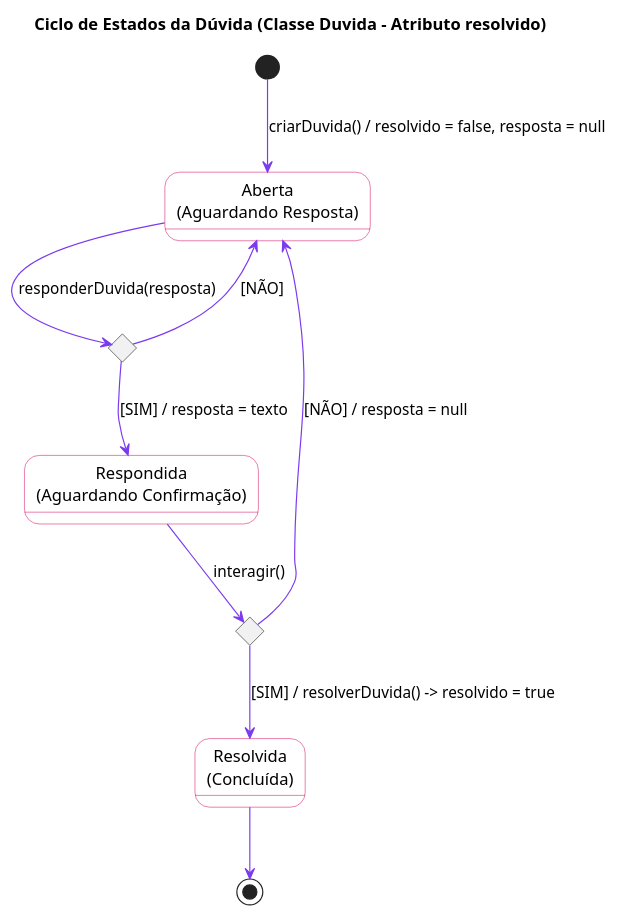
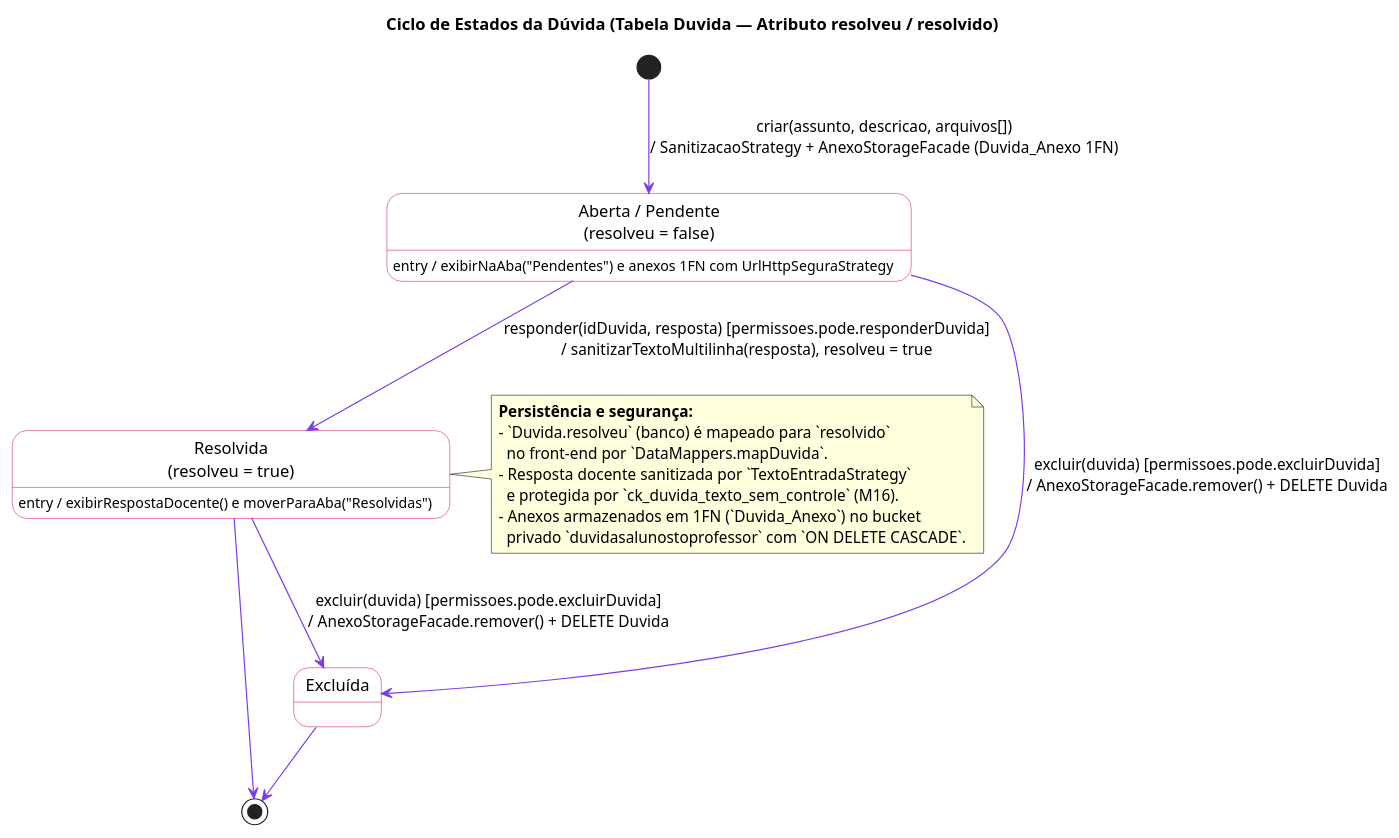
The diagram in out/diagramas/diagrama_estados_duvida.puml (NexusMindCorp/NexusClass), drawn with PlantUML before and after one commit. The commit also changed 8 other files, not shown here.

First line of the commit message:
feat: update state diagrams for doubt and delivery cycles, enhance ER model, and consolidate session report

```diff
--- a/out/diagramas/diagrama_estados_duvida.puml
+++ b/out/diagramas/diagrama_estados_duvida.puml
@@ -1,30 +1,38 @@
 @startuml
 skinparam handwritten false
 skinparam state {
     BackgroundColor White
     ArrowColor #7C3AED
     BorderColor #DB2777
     FontName Arial
 }
 
-title Ciclo de Estados da Dúvida (Classe Duvida - Atributo resolvido)
+title Ciclo de Estados da Dúvida (Tabela Duvida — Atributo resolveu / resolvido)
 
-state "Aberta\n(Aguardando Resposta)" as Aberta
-state "Respondida\n(Aguardando Confirmação)" as Respondida
-state "Resolvida\n(Concluída)" as Resolvida
+state "Aberta / Pendente\n(resolveu = false)" as Aberta
+state "Resolvida\n(resolveu = true)" as Resolvida
+state "Excluída" as Excluida
 
-state "Professor Respondeu?" as choiceRespondeu <<choice>>
-state "Dúvida Sanada?" as choiceSanada <<choice>>
+[*] --> Aberta : criar(assunto, descricao, arquivos[])\n/ SanitizacaoStrategy + AnexoStorageFacade (Duvida_Anexo 1FN)
 
-[*] --> Aberta : criarDuvida() / resolvido = false, resposta = null
+Aberta --> Resolvida : responder(idDuvida, resposta) [permissoes.pode.responderDuvida]\n/ sanitizarTextoMultilinha(resposta), resolveu = true
 
-Aberta --> choiceRespondeu : responderDuvida(resposta)
-choiceRespondeu --> Respondida : [SIM] / resposta = texto
-choiceRespondeu --> Aberta : [NÃO]
+Aberta --> Excluida : excluir(duvida) [permissoes.pode.excluirDuvida]\n/ AnexoStorageFacade.remover() + DELETE Duvida
+Resolvida --> Excluida : excluir(duvida) [permissoes.pode.excluirDuvida]\n/ AnexoStorageFacade.remover() + DELETE Duvida
 
-Respondida --> choiceSanada : interagir()
-choiceSanada --> Resolvida : [SIM] / resolverDuvida() -> resolvido = true
-choiceSanada --> Aberta : [NÃO] / resposta = null
+Aberta : entry / exibirNaAba("Pendentes") e anexos 1FN com UrlHttpSeguraStrategy
+Resolvida : entry / exibirRespostaDocente() e moverParaAba("Resolvidas")
 
 Resolvida --> [*]
+Excluida --> [*]
+
+note right of Resolvida
+  **Persistência e segurança:**
+  - `Duvida.resolveu` (banco) é mapeado para `resolvido`
+    no front-end por `DataMappers.mapDuvida`.
+  - Resposta docente sanitizada por `TextoEntradaStrategy`
+    e protegida por `ck_duvida_texto_sem_controle` (M16).
+  - Anexos armazenados em 1FN (`Duvida_Anexo`) no bucket
+    privado `duvidasalunostoprofessor` com `ON DELETE CASCADE`.
+end note
 @enduml
```
